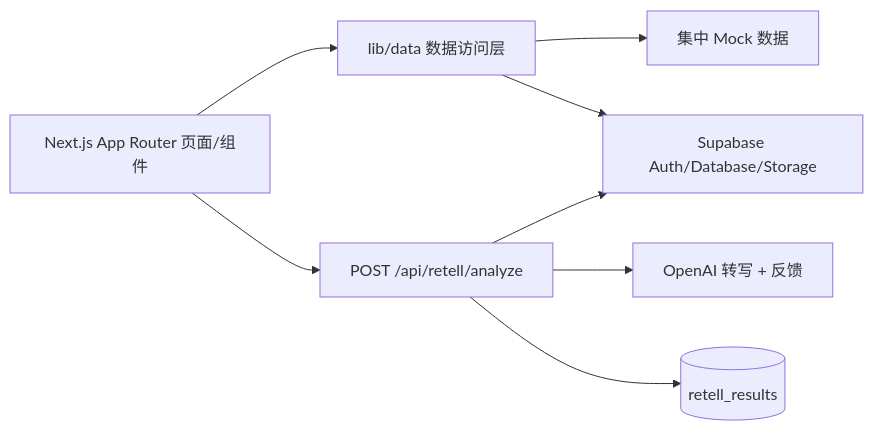
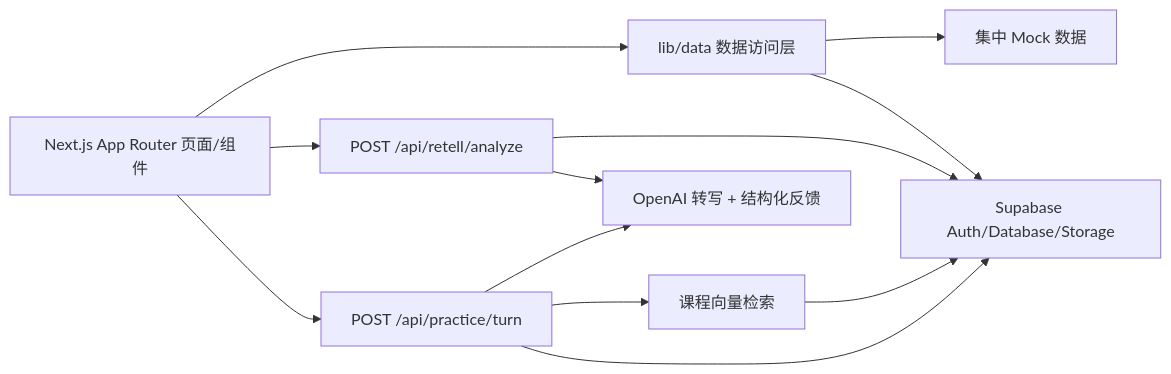
One commit to chloetate9997-ship-it/english-speaking-mvp changed the diagram in docs/ARCHITECTURE.md. Above: the diagram before and after it, drawn with Mermaid. The commit also changed other lines of this file and 31 other files, not shown here.

````diff
--- a/docs/ARCHITECTURE.md
+++ b/docs/ARCHITECTURE.md
@@ -3,10 +3,14 @@
 ```mermaid
 flowchart LR
     UI[Next.js App Router 页面/组件] --> DATA[lib/data 数据访问层]
-    UI --> API[POST /api/retell/analyze]
+    UI --> RETELL[POST /api/retell/analyze]
+    UI --> COACH[POST /api/practice/turn]
     DATA --> MOCK[集中 Mock 数据]
     DATA --> SB[Supabase Auth/Database/Storage]
-    API --> SB
-    API --> AI[OpenAI 转写 + 反馈]
-    API --> DB[(retell_results)]
+    RETELL --> SB
+    RETELL --> AI[OpenAI 转写 + 结构化反馈]
+    COACH --> AI
+    COACH --> RAG[课程向量检索]
+    RAG --> SB
+    COACH --> SB
 ```
````
